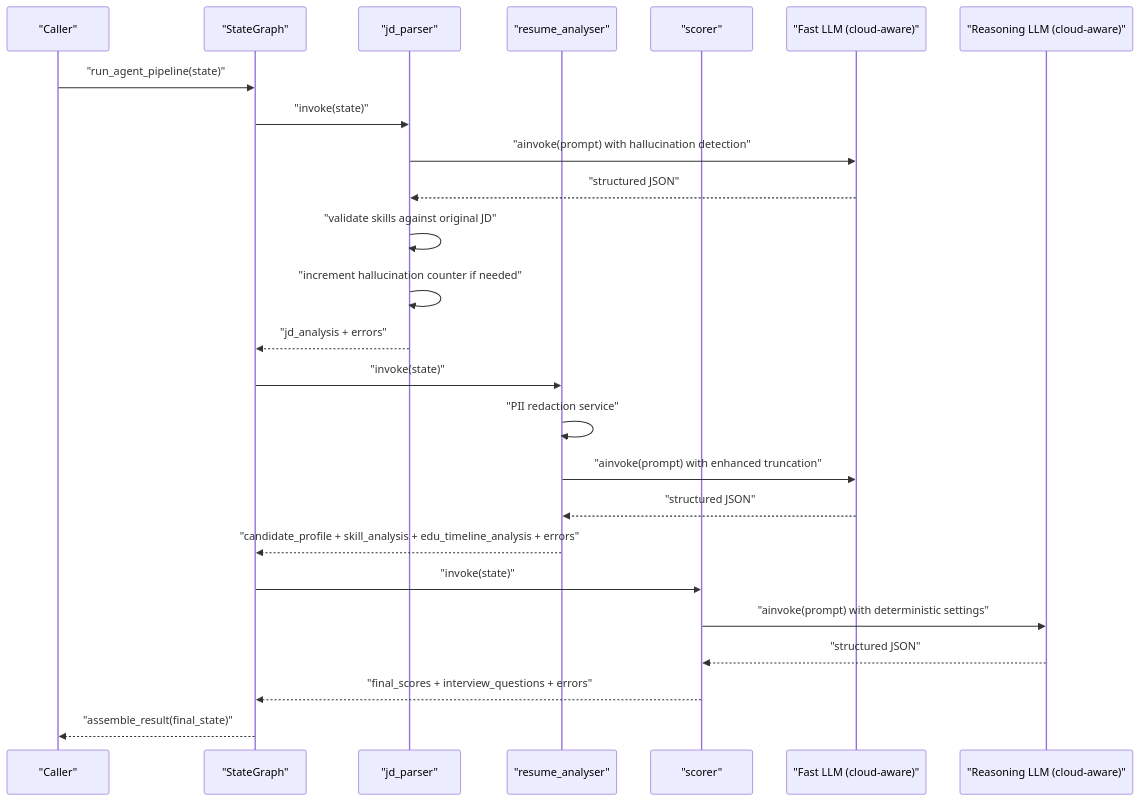
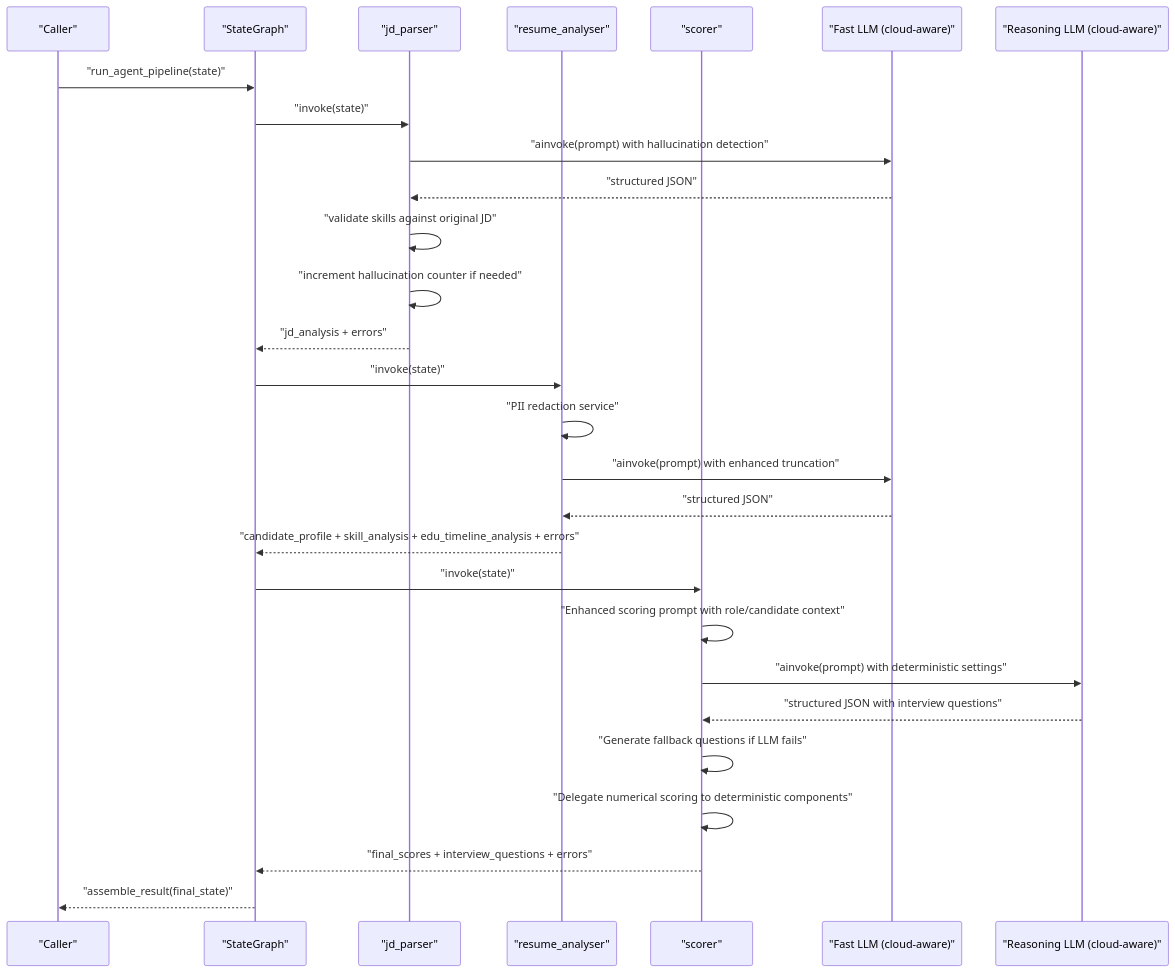
The second of 8 diagrams in .qoder/repowiki/en/content/Analysis Engine/Agent Pipeline (LangGraph).md (Revanththetalogics/aireume), drawn with Mermaid before and after one commit. The commit also changed other lines of this file and 21 other files, not shown here.

````diff
--- a/.qoder/repowiki/en/content/Analysis Engine/Agent Pipeline (LangGraph).md
+++ b/.qoder/repowiki/en/content/Analysis Engine/Agent Pipeline (LangGraph).md
@@ -104,27 +106,30 @@
 ```mermaid
 sequenceDiagram
 participant Client as "Caller"
 participant Graph as "StateGraph"
 participant JD as "jd_parser"
 participant RA as "resume_analyser"
 participant SC as "scorer"
 participant O1 as "Fast LLM (cloud-aware)"
 participant O2 as "Reasoning LLM (cloud-aware)"
 Client->>Graph : "run_agent_pipeline(state)"
 Graph->>JD : "invoke(state)"
 JD->>O1 : "ainvoke(prompt) with hallucination detection"
 O1-->>JD : "structured JSON"
 JD->>JD : "validate skills against original JD"
 JD->>JD : "increment hallucination counter if needed"
 JD-->>Graph : "jd_analysis + errors"
 Graph->>RA : "invoke(state)"
 RA->>RA : "PII redaction service"
 RA->>O1 : "ainvoke(prompt) with enhanced truncation"
 O1-->>RA : "structured JSON"
 RA-->>Graph : "candidate_profile + skill_analysis + edu_timeline_analysis + errors"
 Graph->>SC : "invoke(state)"
+SC->>SC : "Enhanced scoring prompt with role/candidate context"
 SC->>O2 : "ainvoke(prompt) with deterministic settings"
-O2-->>SC : "structured JSON"
+O2-->>SC : "structured JSON with interview questions"
+SC->>SC : "Generate fallback questions if LLM fails"
+SC->>SC : "Delegate numerical scoring to deterministic components"
 SC-->>Graph : "final_scores + interview_questions + errors"
 Graph-->>Client : "assemble_result(final_state)"
 ```
````
